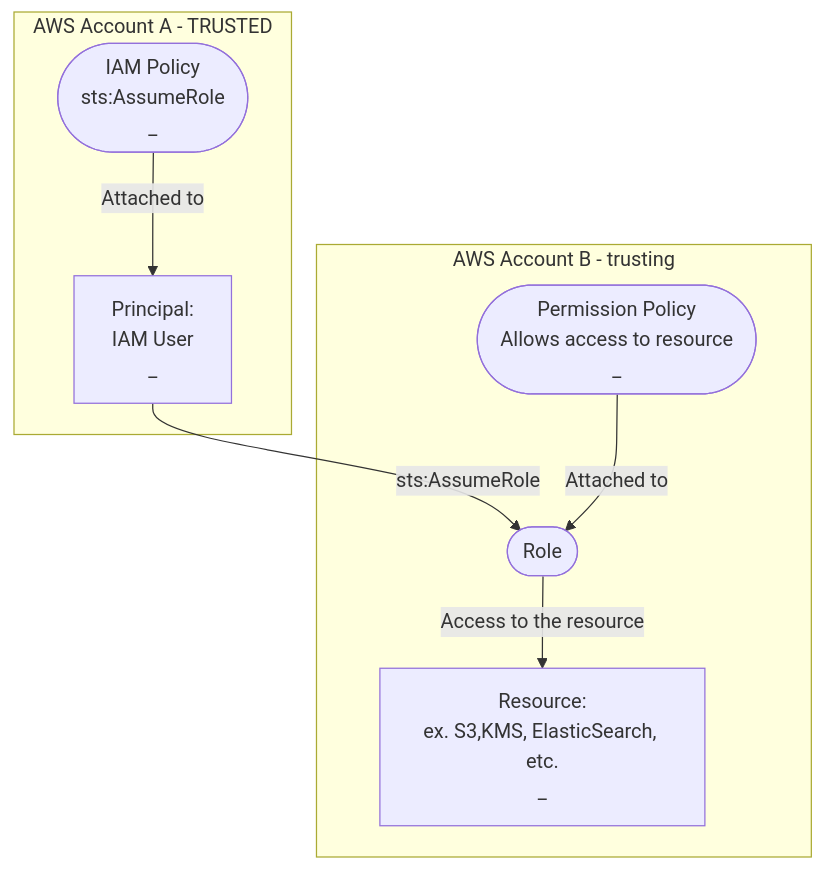
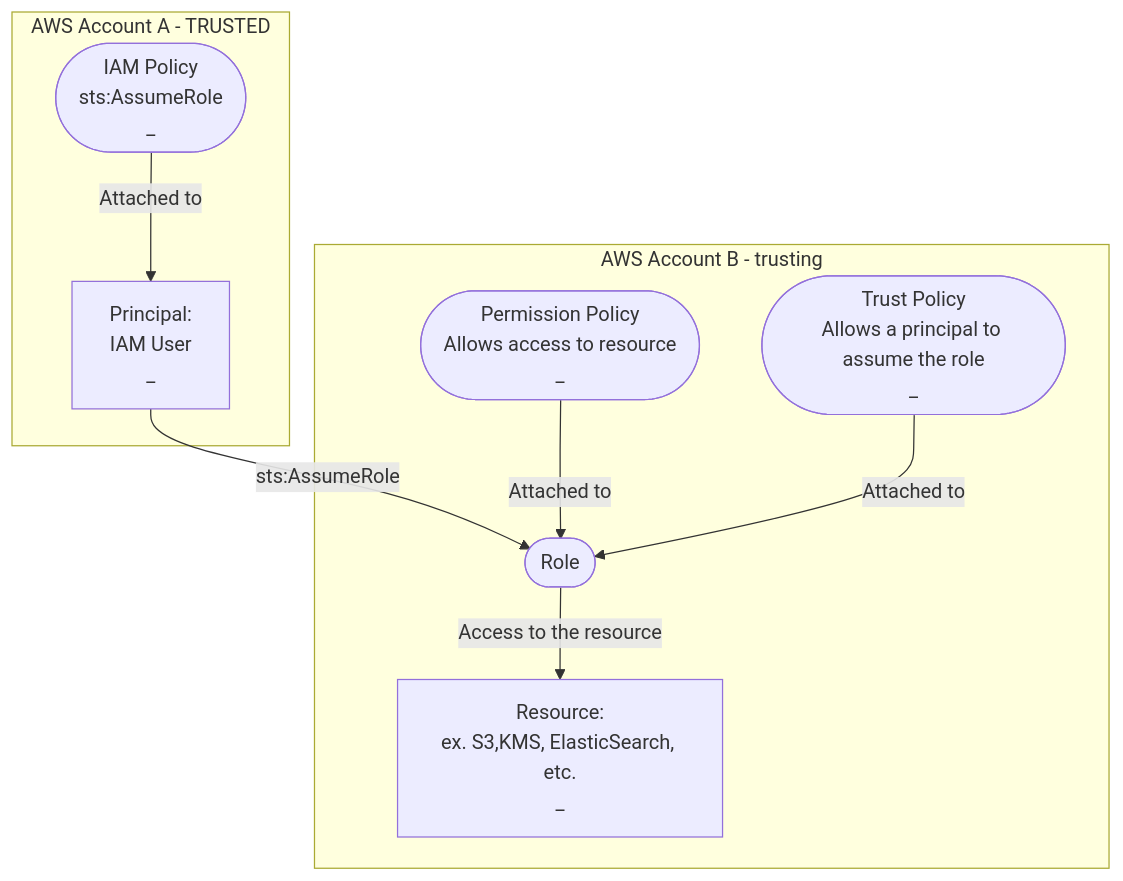
One commit to maxz1985/docs changed the third of 3 diagrams in Writerside/topics/Cross-Account-Access.md. Above: the diagram before and after it, drawn with Mermaid. The commit also changed other lines of this file, not shown here.

````diff
--- a/Writerside/topics/Cross-Account-Access.md
+++ b/Writerside/topics/Cross-Account-Access.md
@@ -136,18 +136,20 @@
 ```mermaid
 graph TD
     Principal -->|sts:AssumeRole| Role
     subgraph a [AWS Account A - TRUSTED]
         Principal[Principal:<br/>IAM User<br/>_]
         IAM_Policy([IAM Policy</br>sts:AssumeRole<br/>_])
         IAM_Policy -->|Attached to| Principal
     end
     subgraph b [AWS Account B - trusting]
         Resource[Resource:<br/>ex. S3,KMS, ElasticSearch, etc.<br/>_]
         Role([Role])
         Permission_Policy([Permission Policy<br>Allows access to resource<br/>_])
+        Trust_policy([Trust Policy<br/>Allows a principal to assume the role<br/>_ ])
         Permission_Policy -->|Attached to| Role
+        Trust_policy -->|Attached to| Role 
         Role -->|Access to the resource| Resource
     end
     
     
 ```
````
